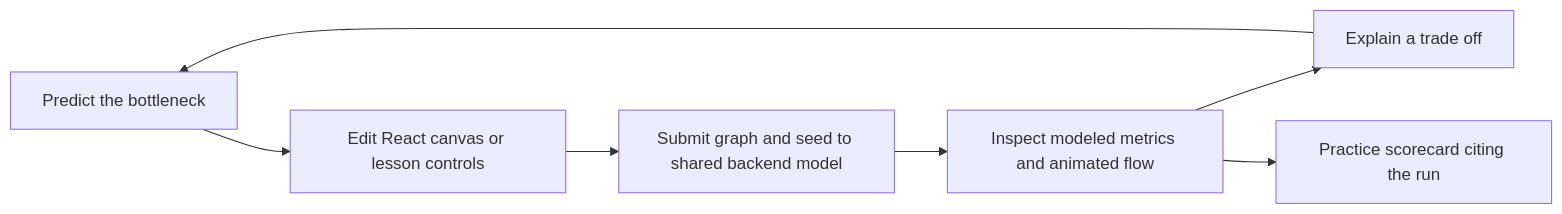
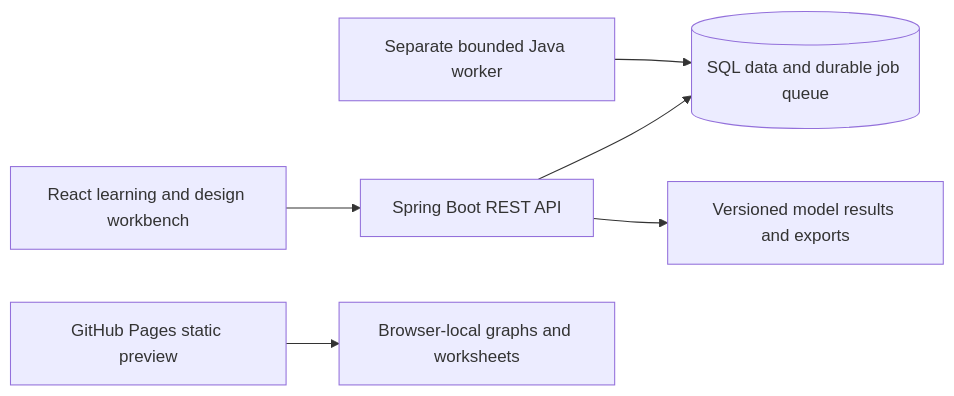
Before and after one commit to Yashi2212/ArchArena: the diagram in README.md, drawn with Mermaid. The commit also changed other lines of this file and 21 other files, not shown here.

Commit message:
Publish an honest static GitHub Pages preview

````diff
--- a/README.md
+++ b/README.md
@@ -40,9 +22,8 @@
 ```mermaid
 flowchart LR
-    A[Predict the bottleneck] --> B[Edit React canvas or lesson controls]
-    B --> C[Submit graph and seed to shared backend model]
-    C --> D[Inspect modeled metrics and animated flow]
-    D --> E[Explain a trade off]
-    E --> A
-    D --> F[Practice scorecard citing the run]
+  Browser[React learning and design workbench] --> API[Spring Boot REST API]
+  API --> DB[(SQL data and durable job queue)]
+  Worker[Separate bounded Java worker] --> DB
+  API --> Result[Versioned model results and exports]
+  Pages[GitHub Pages static preview] --> Local[Browser-local graphs and worksheets]
 ```
````
